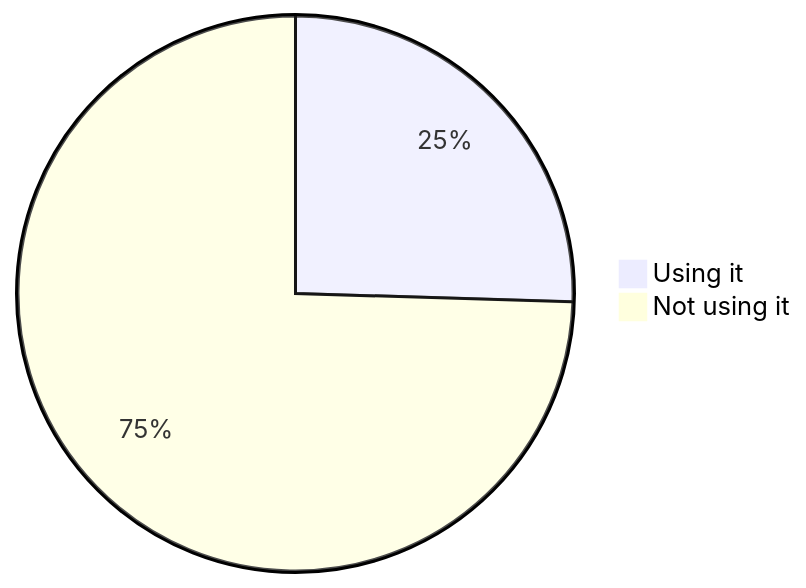
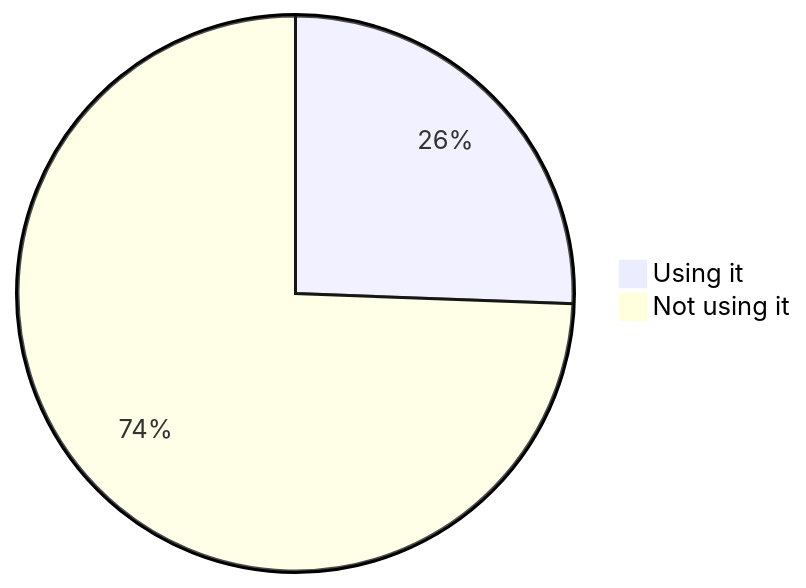
Before and after one commit to oshp/oshp-stats: the eighth of 19 diagrams in stats.md, drawn with Mermaid. The commit also changed other lines of this file, not shown here.

````diff
--- a/stats.md
+++ b/stats.md
@@ -92,6 +92,6 @@
 ```mermaid
 pie
-	"Using it" : 25.48
-	"Not using it" : 74.52
+	"Using it" : 25.59
+	"Not using it" : 74.41
 
 ```
````
